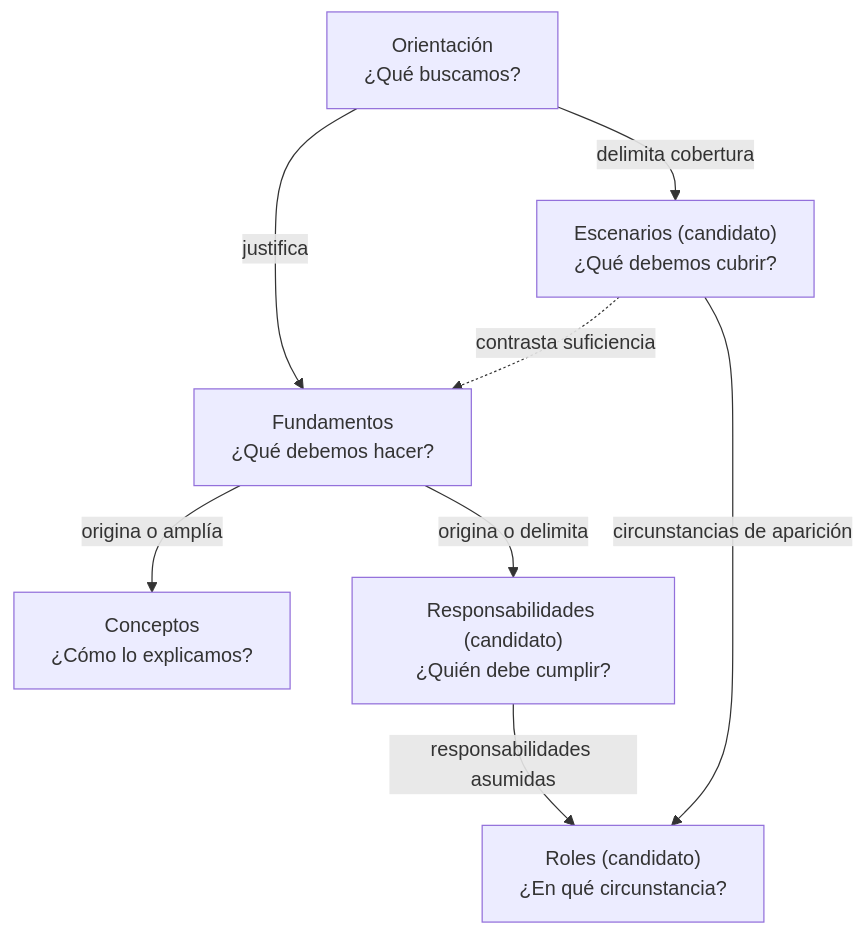
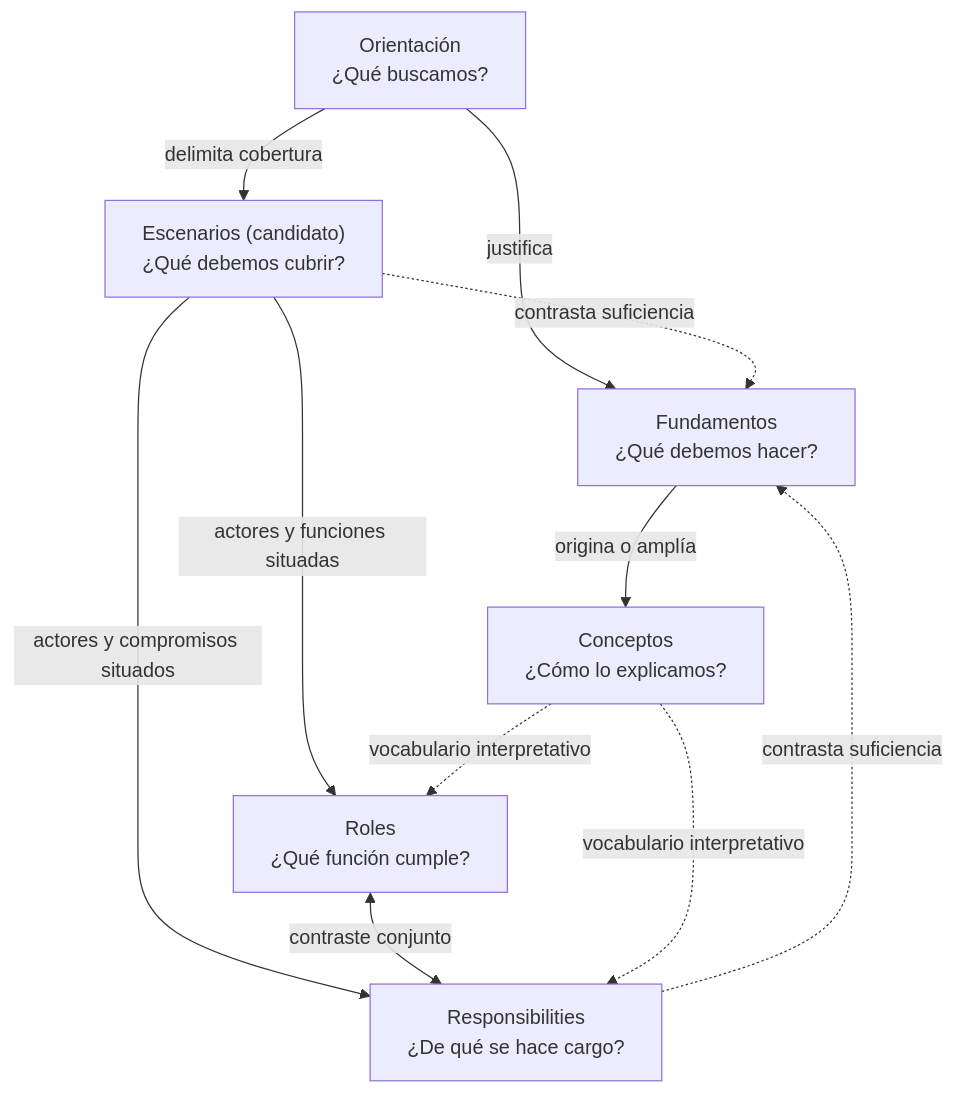
One commit to the-alive-lab/tdidacta changed the diagram in README.md. Above: the diagram before and after it, drawn with Mermaid. The commit also changed other lines of this file, not shown here.

Commit message:
docs(tdidacta): clarify scenario-derived Responsibilities and Roles

````diff
--- a/README.md
+++ b/README.md
@@ -22,17 +22,20 @@
 ```mermaid
 flowchart TD
     O["Orientación<br/>¿Qué buscamos?"]
     S["Escenarios (candidato)<br/>¿Qué debemos cubrir?"]
     F["Fundamentos<br/>¿Qué debemos hacer?"]
     C["Conceptos<br/>¿Cómo lo explicamos?"]
-    R["Responsabilidades (candidato)<br/>¿Quién debe cumplir?"]
-    L["Roles (candidato)<br/>¿En qué circunstancia?"]
+    R["Responsibilities<br/>¿De qué se hace cargo?"]
+    L["Roles<br/>¿Qué función cumple?"]
 
     O -->|justifica| F
     O -->|delimita cobertura| S
     F -->|origina o amplía| C
-    F -->|origina o delimita| R
-    R -->|responsabilidades asumidas| L
-    S -->|circunstancias de aparición| L
+    S -->|actores y compromisos situados| R
+    S -->|actores y funciones situadas| L
+    L <-->|contraste conjunto| R
+    C -.->|vocabulario interpretativo| R
+    C -.->|vocabulario interpretativo| L
+    R -.->|contrasta suficiencia| F
     S -.->|contrasta suficiencia| F
 ```
````
